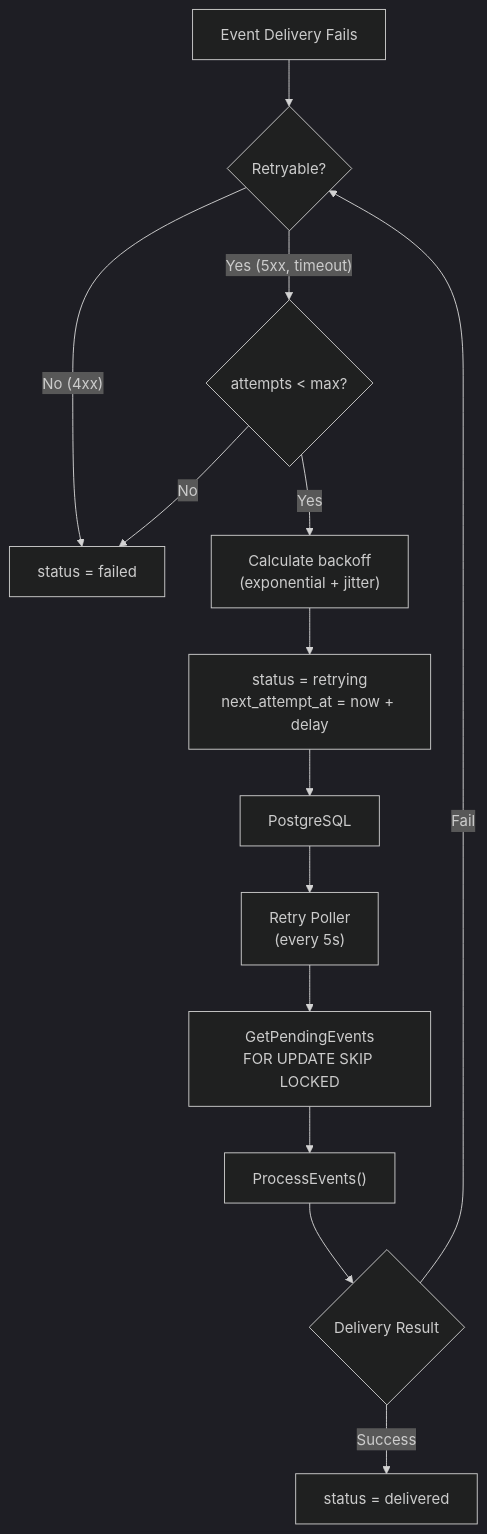
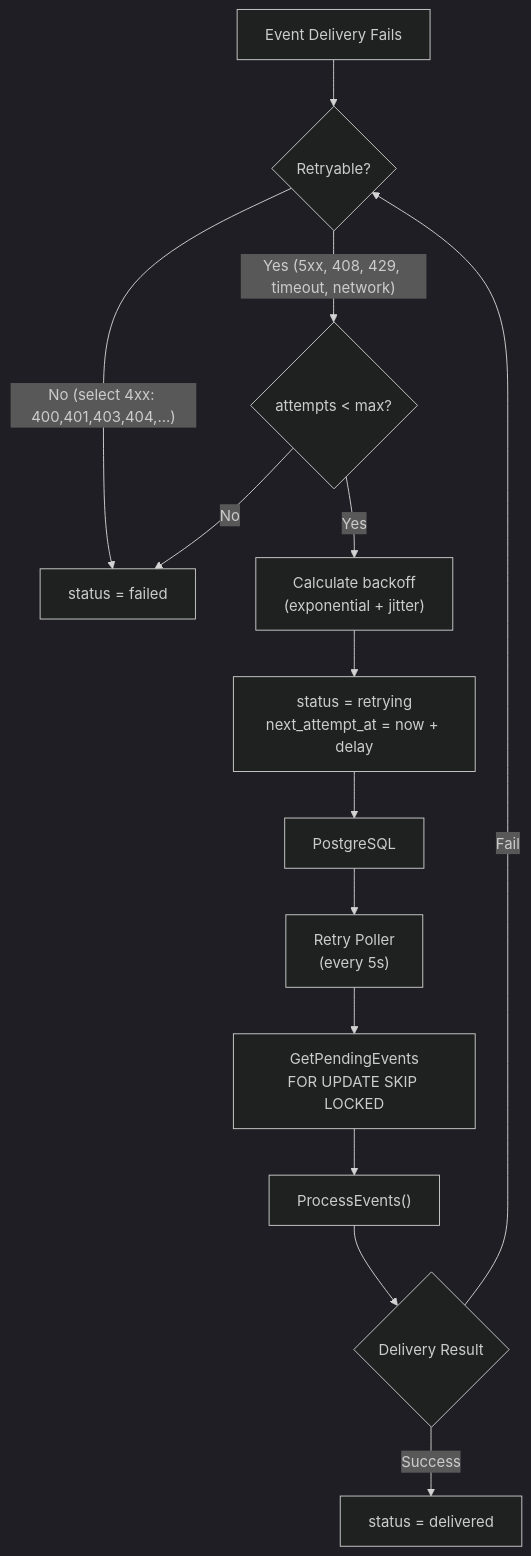
Diagram 12 of 12 in docs/architecture.md (felipepmaragno/webhook-service), drawn with Mermaid (dark theme) before and after one commit. The commit also changed other lines of this file and 12 other files, not shown here.

````diff
--- a/docs/architecture.md
+++ b/docs/architecture.md
@@ -468,16 +469,16 @@
 ```mermaid
 flowchart TD
     A["Event Delivery Fails"] --> B{"Retryable?"}
-    B -->|"No (4xx)"| C["status = failed"]
-    B -->|"Yes (5xx, timeout)"| D{"attempts < max?"}
+    B -->|"No (select 4xx: 400,401,403,404,...)"| C["status = failed"]
+    B -->|"Yes (5xx, 408, 429, timeout, network)"| D{"attempts < max?"}
     D -->|"No"| C
     D -->|"Yes"| E["Calculate backoff<br/>(exponential + jitter)"]
     E --> F["status = retrying<br/>next_attempt_at = now + delay"]
     F --> G["PostgreSQL"]
     G --> H["Retry Poller<br/>(every 5s)"]
     H --> I["GetPendingEvents<br/>FOR UPDATE SKIP LOCKED"]
     I --> J["ProcessEvents()"]
     J --> K{"Delivery Result"}
     K -->|"Success"| L["status = delivered"]
     K -->|"Fail"| B
 ```
````
